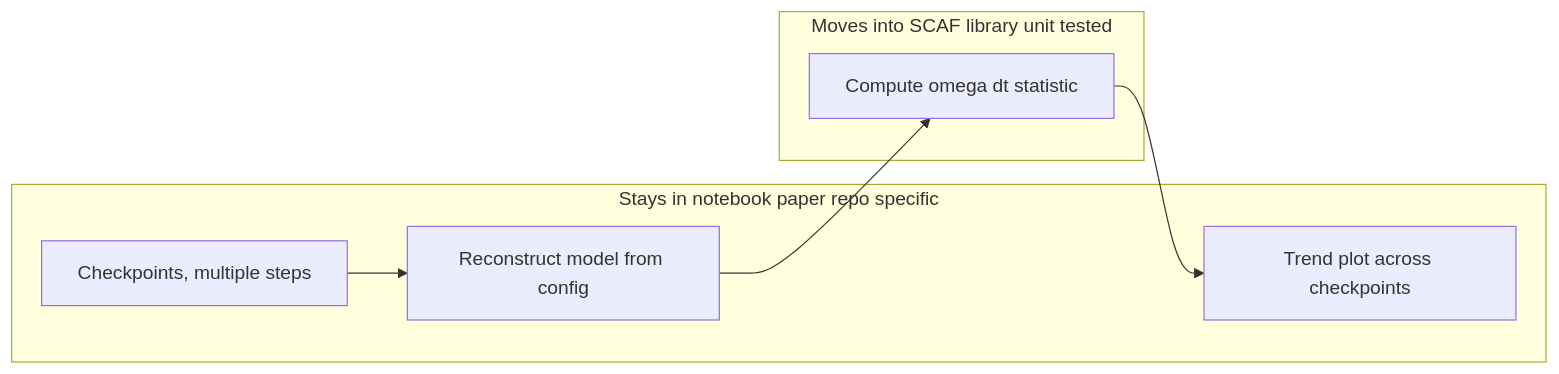
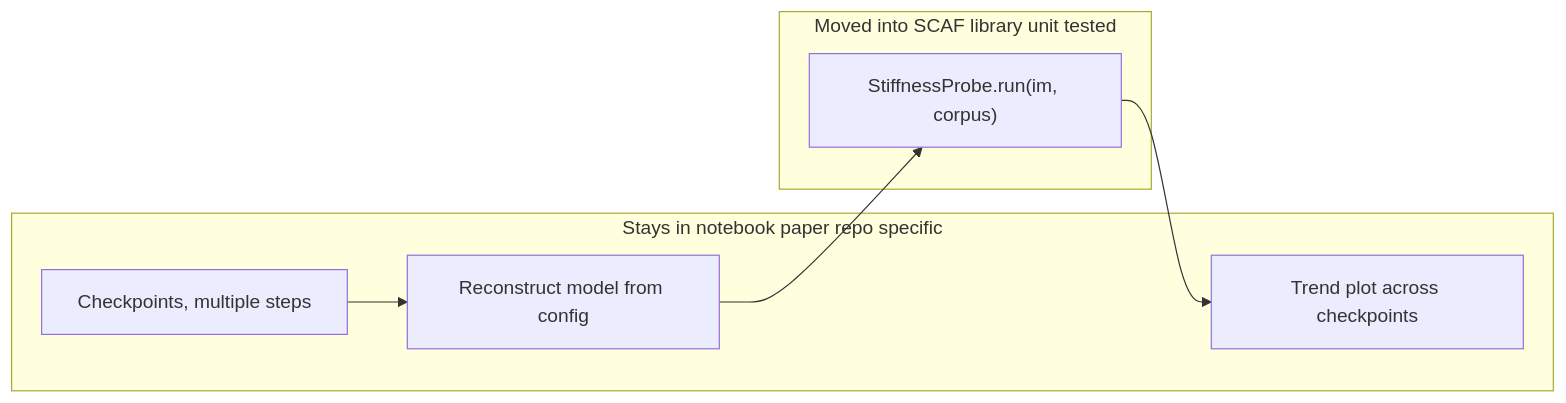
One commit to dimitarpg13/semsimula-scaf changed the third of 3 diagrams in docs/Stiffness_Audit_Requirements_and_Design.md. Above: the diagram before and after it, drawn with Mermaid. The commit also changed other lines of this file and 7 other files, not shown here.

First line of the commit message:
Migrate stiffness audit statistic into scaf.StiffnessProbe

````diff
--- a/docs/Stiffness_Audit_Requirements_and_Design.md
+++ b/docs/Stiffness_Audit_Requirements_and_Design.md
@@ -665,21 +673,21 @@
 ```mermaid
 flowchart LR
     CKPTS["Checkpoints, multiple steps"]
     RECON["Reconstruct model from config"]
-    PROBE["Compute omega dt statistic"]
+    PROBE["StiffnessProbe.run(im, corpus)"]
     PLOT["Trend plot across checkpoints"]
 
     subgraph NB [Stays in notebook paper repo specific]
         CKPTS
         RECON
         PLOT
     end
 
-    subgraph LIB [Moves into SCAF library unit tested]
+    subgraph LIB [Moved into SCAF library unit tested]
         PROBE
     end
 
     CKPTS --> RECON
     RECON --> PROBE
     PROBE --> PLOT
 ```
````
